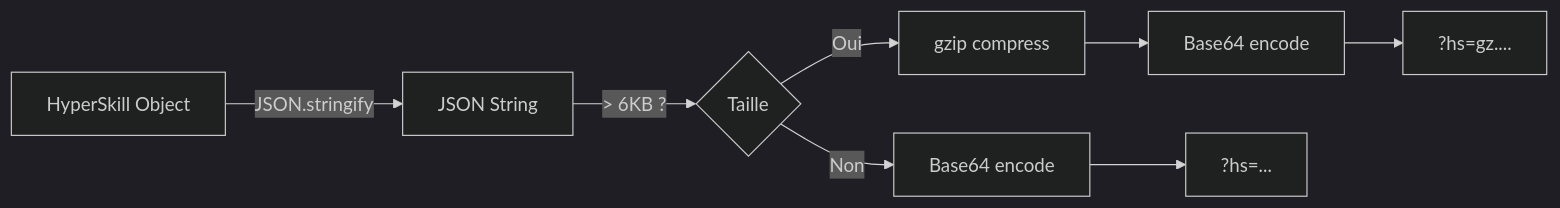
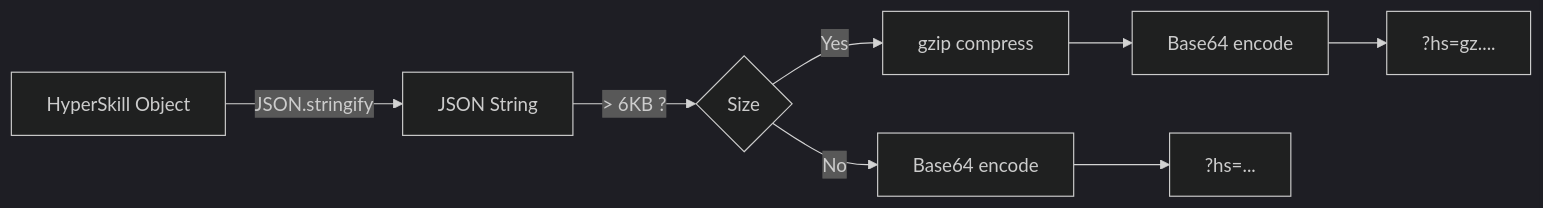
The second of 3 diagrams in docs/starlight/src/content/docs/packages/sdk.mdx (jeanbaptiste/webmcp-auto-ui), drawn with Mermaid (dark theme) before and after one commit. The commit also changed other lines of this file and 94 other files, not shown here.

````diff
--- a/docs/starlight/src/content/docs/packages/sdk.mdx
+++ b/docs/starlight/src/content/docs/packages/sdk.mdx
@@ -196,10 +180,10 @@
 ```mermaid
 graph LR
     SKILL[HyperSkill Object] -->|JSON.stringify| JSON[JSON String]
-    JSON -->|"> 6KB ?"| CHECK{Taille}
-    CHECK -->|Oui| GZ[gzip compress]
-    CHECK -->|Non| B64[Base64 encode]
+    JSON -->|"> 6KB ?"| CHECK{Size}
+    CHECK -->|Yes| GZ[gzip compress]
+    CHECK -->|No| B64[Base64 encode]
     GZ --> B64_GZ[Base64 encode]
     B64 --> PARAM["?hs=..."]
     B64_GZ --> PARAM_GZ["?hs=gz...."]
 ```
````
